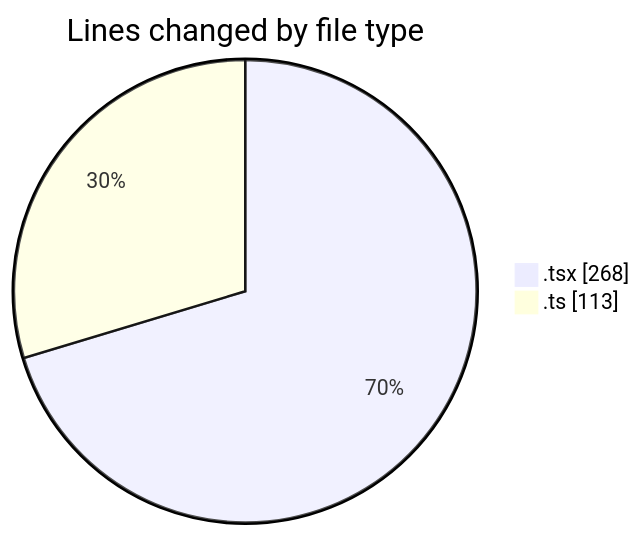
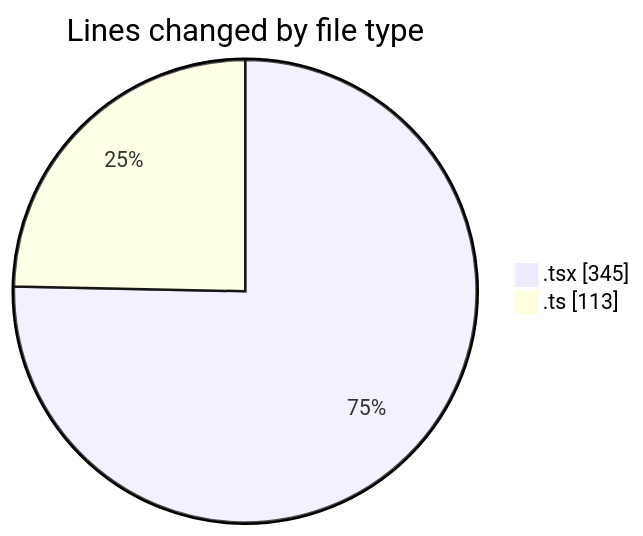
Before and after one commit to nxtqubesakshisongat/code-tracking: the first of 2 diagrams in 2026-04-20/airfeed-analytics-dashboard/README.md, drawn with Mermaid. The commit also changed other lines of this file and 1 other file, not shown here.

````diff
--- a/2026-04-20/airfeed-analytics-dashboard/README.md
+++ b/2026-04-20/airfeed-analytics-dashboard/README.md
@@ -22,6 +22,6 @@
 ```mermaid
 pie showData
 title Lines changed by file type
-".tsx" : 268
+".tsx" : 345
 ".ts" : 113
 ```
````
